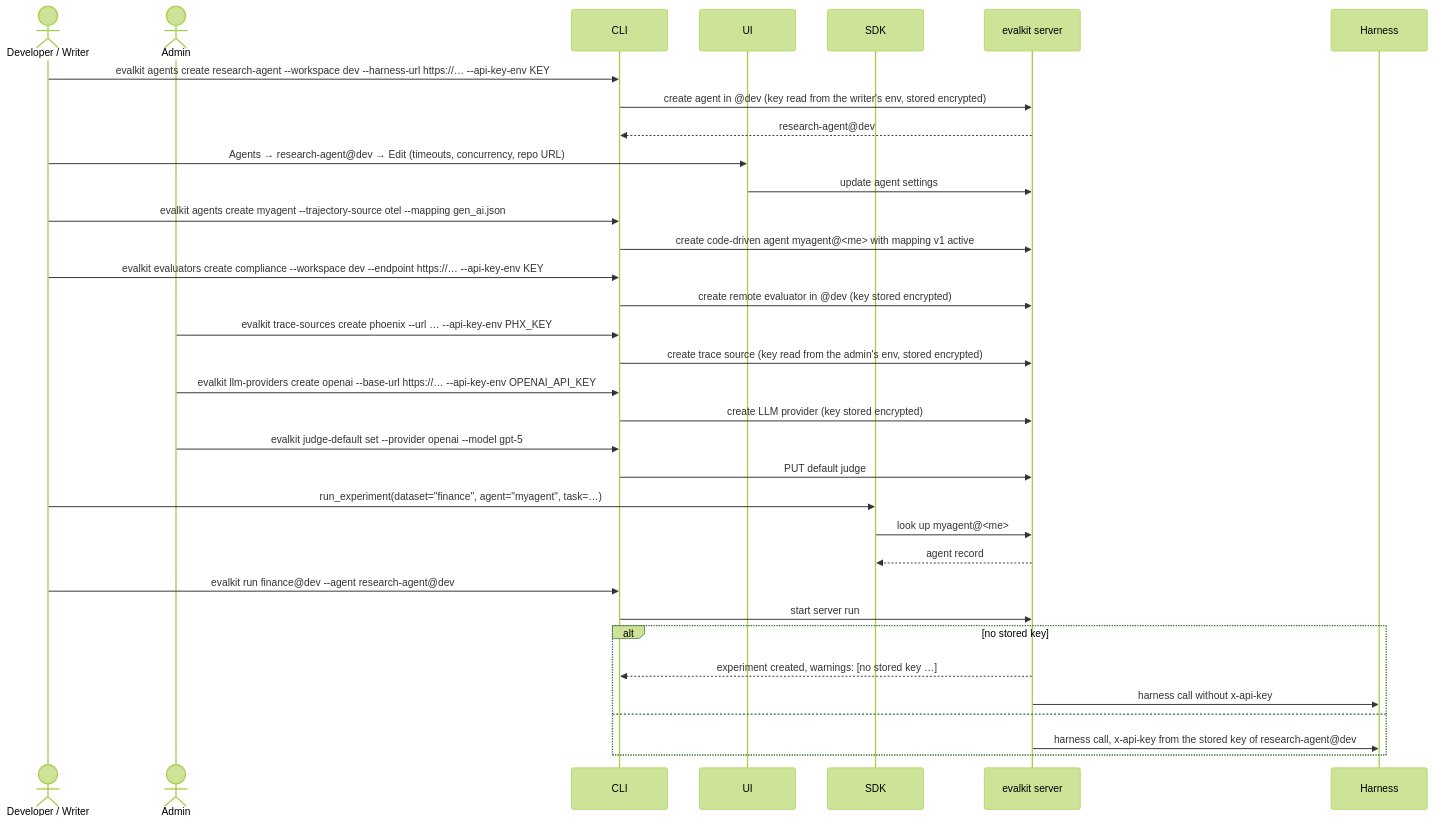
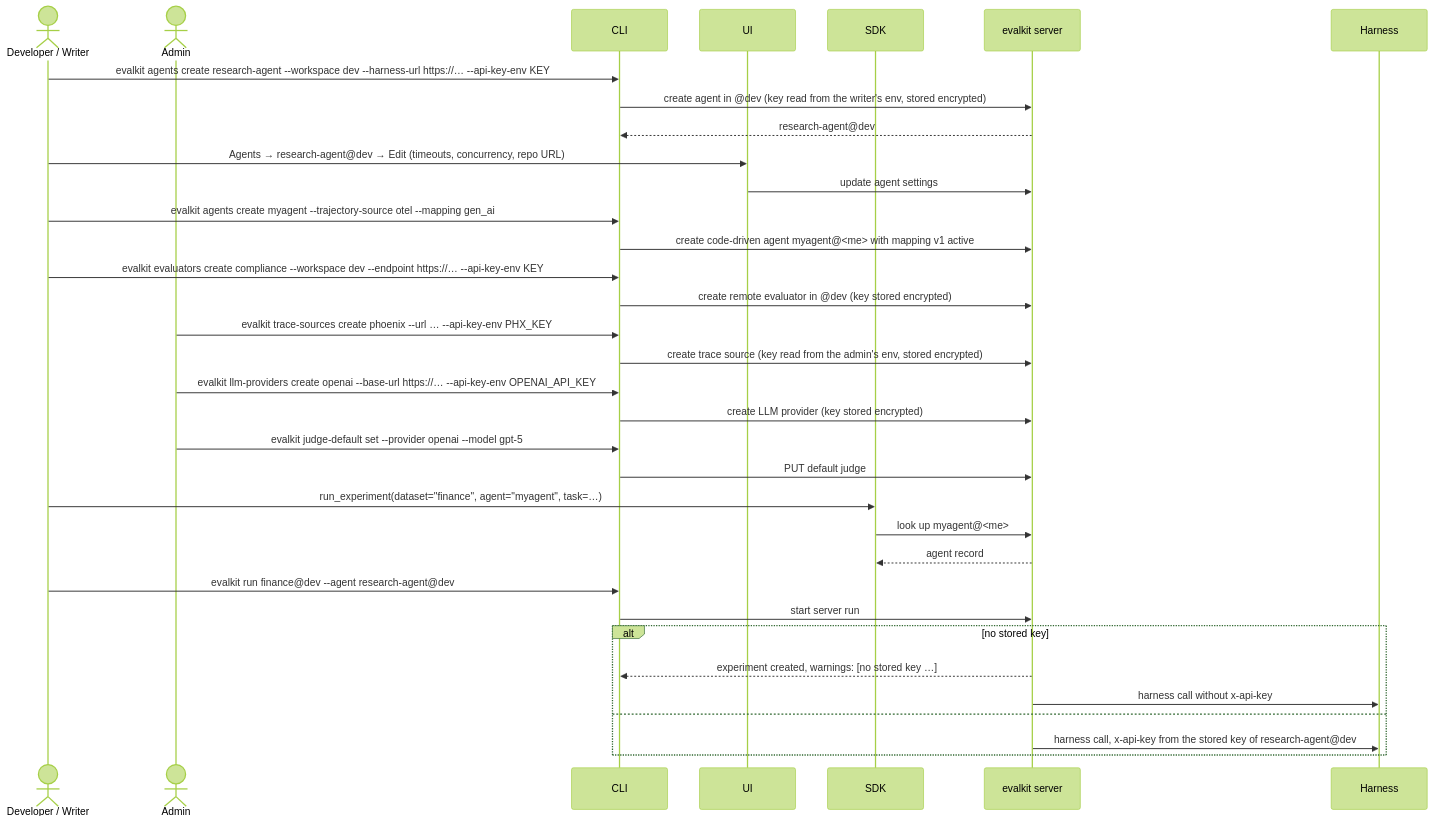
Before and after one commit to inferedge-ai/evalkit: the diagram in docs/flows/17-agent-and-evaluator-admin.md, drawn with Mermaid (forest theme). The commit also changed other lines of this file and 33 other files, not shown here.

````diff
--- a/docs/flows/17-agent-and-evaluator-admin.md
+++ b/docs/flows/17-agent-and-evaluator-admin.md
@@ -72,37 +72,37 @@
 ```mermaid
 sequenceDiagram
   actor D as Developer / Writer
   actor A as Admin
   participant CLI
   participant UI
   participant SDK
   participant S as evalkit server
   participant H as Harness
 
   D->>CLI: evalkit agents create research-agent --workspace dev --harness-url https://… --api-key-env KEY
   CLI->>S: create agent in @dev (key read from the writer's env, stored encrypted)
   S-->>CLI: research-agent@dev
   D->>UI: Agents → research-agent@dev → Edit (timeouts, concurrency, repo URL)
   UI->>S: update agent settings
-  D->>CLI: evalkit agents create myagent --trajectory-source otel --mapping gen_ai.json
+  D->>CLI: evalkit agents create myagent --trajectory-source otel --mapping gen_ai
   CLI->>S: create code-driven agent myagent@<me> with mapping v1 active
   D->>CLI: evalkit evaluators create compliance --workspace dev --endpoint https://… --api-key-env KEY
   CLI->>S: create remote evaluator in @dev (key stored encrypted)
   A->>CLI: evalkit trace-sources create phoenix --url … --api-key-env PHX_KEY
   CLI->>S: create trace source (key read from the admin's env, stored encrypted)
   A->>CLI: evalkit llm-providers create openai --base-url https://… --api-key-env OPENAI_API_KEY
   CLI->>S: create LLM provider (key stored encrypted)
   A->>CLI: evalkit judge-default set --provider openai --model gpt-5
   CLI->>S: PUT default judge
   D->>SDK: run_experiment(dataset="finance", agent="myagent", task=…)
   SDK->>S: look up myagent@<me>
   S-->>SDK: agent record
   D->>CLI: evalkit run finance@dev --agent research-agent@dev
   CLI->>S: start server run
   alt no stored key
     S-->>CLI: experiment created, warnings: [no stored key …]
     S->>H: harness call without x-api-key
   else
     S->>H: harness call, x-api-key from the stored key of research-agent@dev
   end
 ```
````
